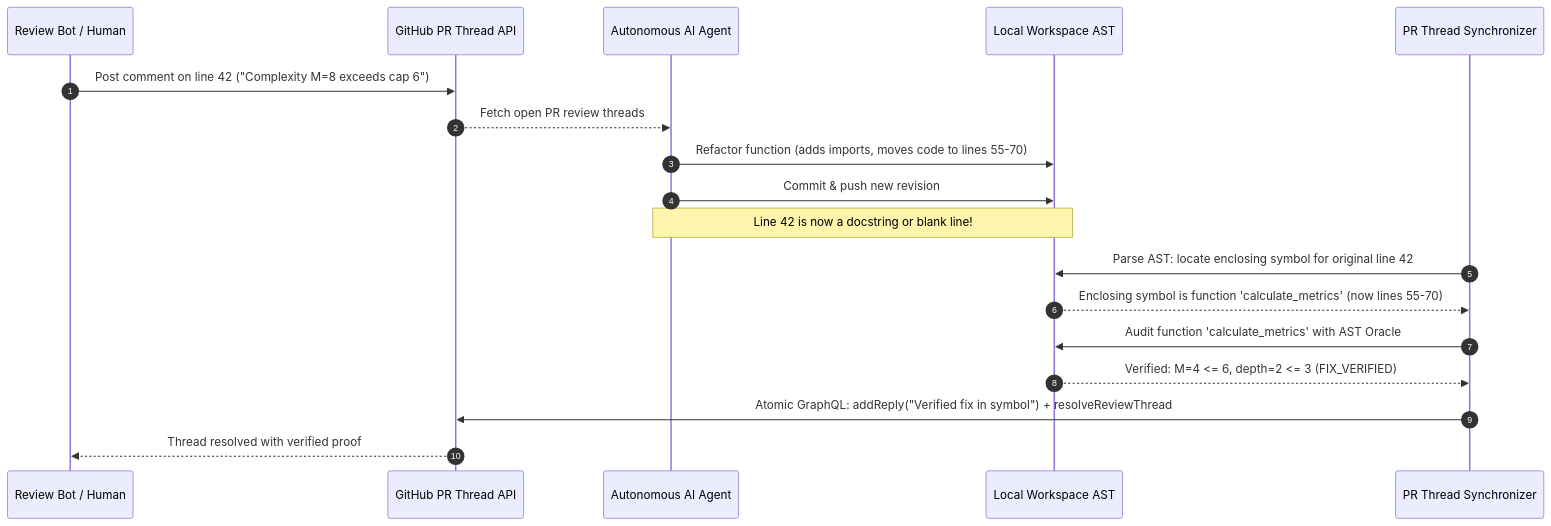
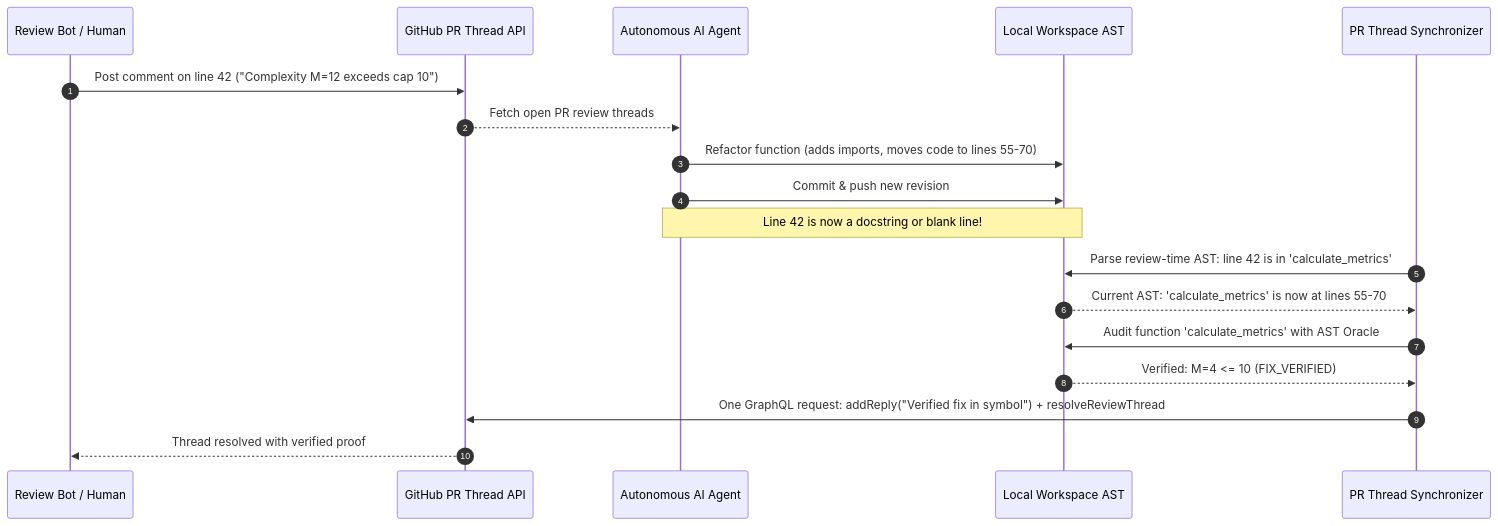
Before and after one commit to dan-petty/vibes: the first of 2 diagrams in observations/systems/46-closed-loop-pr-review-thread-synchronization-and-atomic-resolution.md, drawn with Mermaid. The commit also changed other lines of this file and 248 other files, not shown here.

````diff
--- a/observations/systems/46-closed-loop-pr-review-thread-synchronization-and-atomic-resolution.md
+++ b/observations/systems/46-closed-loop-pr-review-thread-synchronization-and-atomic-resolution.md
@@ -33,21 +33,21 @@
 ```mermaid
 sequenceDiagram
     autonumber
     participant Reviewer as Review Bot / Human
     participant GitHub as GitHub PR Thread API
     participant Agent as Autonomous AI Agent
     participant Disk as Local Workspace AST
     participant Resolver as PR Thread Synchronizer
 
-    Reviewer->>GitHub: Post comment on line 42 ("Complexity M=8 exceeds cap 6")
+    Reviewer->>GitHub: Post comment on line 42 ("Complexity M=12 exceeds cap 10")
     GitHub-->>Agent: Fetch open PR review threads
     Agent->>Disk: Refactor function (adds imports, moves code to lines 55-70)
     Agent->>Disk: Commit & push new revision
     Note over Disk,Agent: Line 42 is now a docstring or blank line!
-    Resolver->>Disk: Parse AST: locate enclosing symbol for original line 42
-    Disk-->>Resolver: Enclosing symbol is function 'calculate_metrics' (now lines 55-70)
+    Resolver->>Disk: Parse review-time AST: line 42 is in 'calculate_metrics'
+    Disk-->>Resolver: Current AST: 'calculate_metrics' is now at lines 55-70
     Resolver->>Disk: Audit function 'calculate_metrics' with AST Oracle
-    Disk-->>Resolver: Verified: M=4 <= 6, depth=2 <= 3 (FIX_VERIFIED)
-    Resolver->>GitHub: Atomic GraphQL: addReply("Verified fix in symbol") + resolveReviewThread
+    Disk-->>Resolver: Verified: M=4 <= 10 (FIX_VERIFIED)
+    Resolver->>GitHub: One GraphQL request: addReply("Verified fix in symbol") + resolveReviewThread
     GitHub-->>Reviewer: Thread resolved with verified proof
 ```
````
